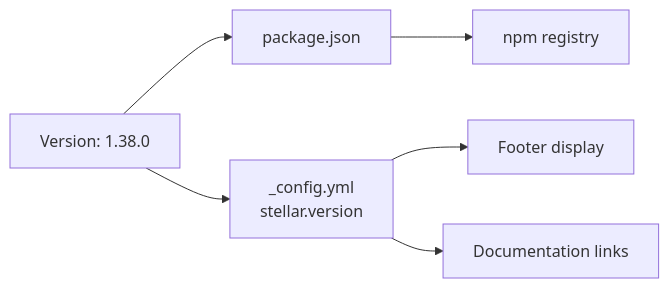
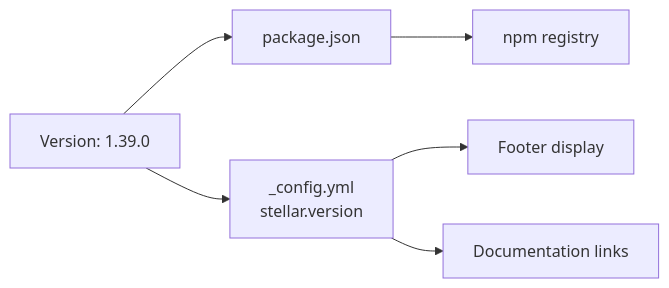
Before and after one commit to penndu/hexo: the fifth of 5 diagrams in themes/stellar/docs/knowledge/00-总览与安装配置/installation.md, drawn with Mermaid. The commit also changed other lines of this file and 7 other files, not shown here.

````diff
--- a/themes/stellar/docs/knowledge/00-总览与安装配置/installation.md
+++ b/themes/stellar/docs/knowledge/00-总览与安装配置/installation.md
@@ -373,14 +373,14 @@
 ```mermaid
 graph LR
-    VER["Version: 1.38.0"]
+    VER["Version: 1.39.0"]
     
     PKG["package.json"]
     CONFIG["_config.yml<br/>stellar.version"]
     
     VER --> PKG
     VER --> CONFIG
     
     PKG --> NPM["npm registry"]
     CONFIG --> FOOTER["Footer display"]
     CONFIG --> DOCS["Documentation links"]
 ```
````
